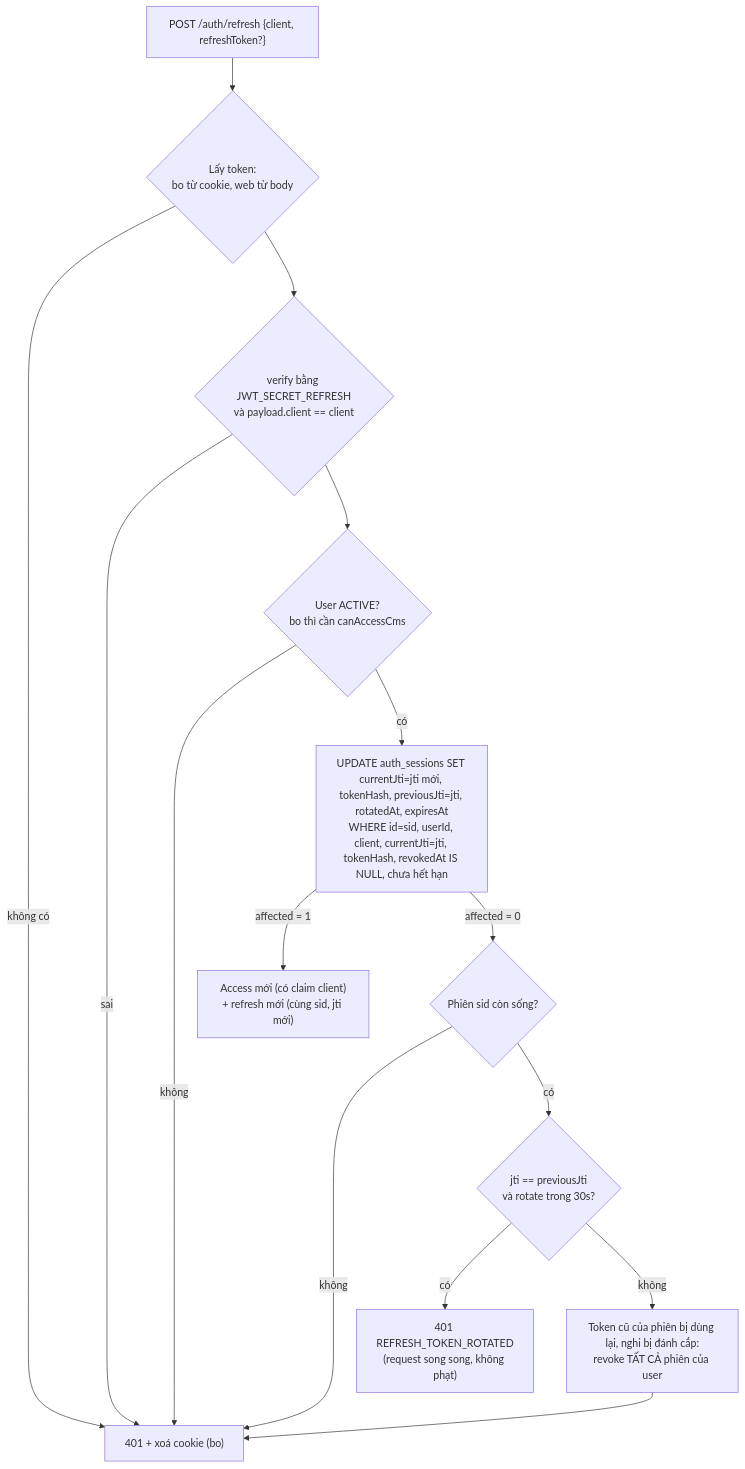
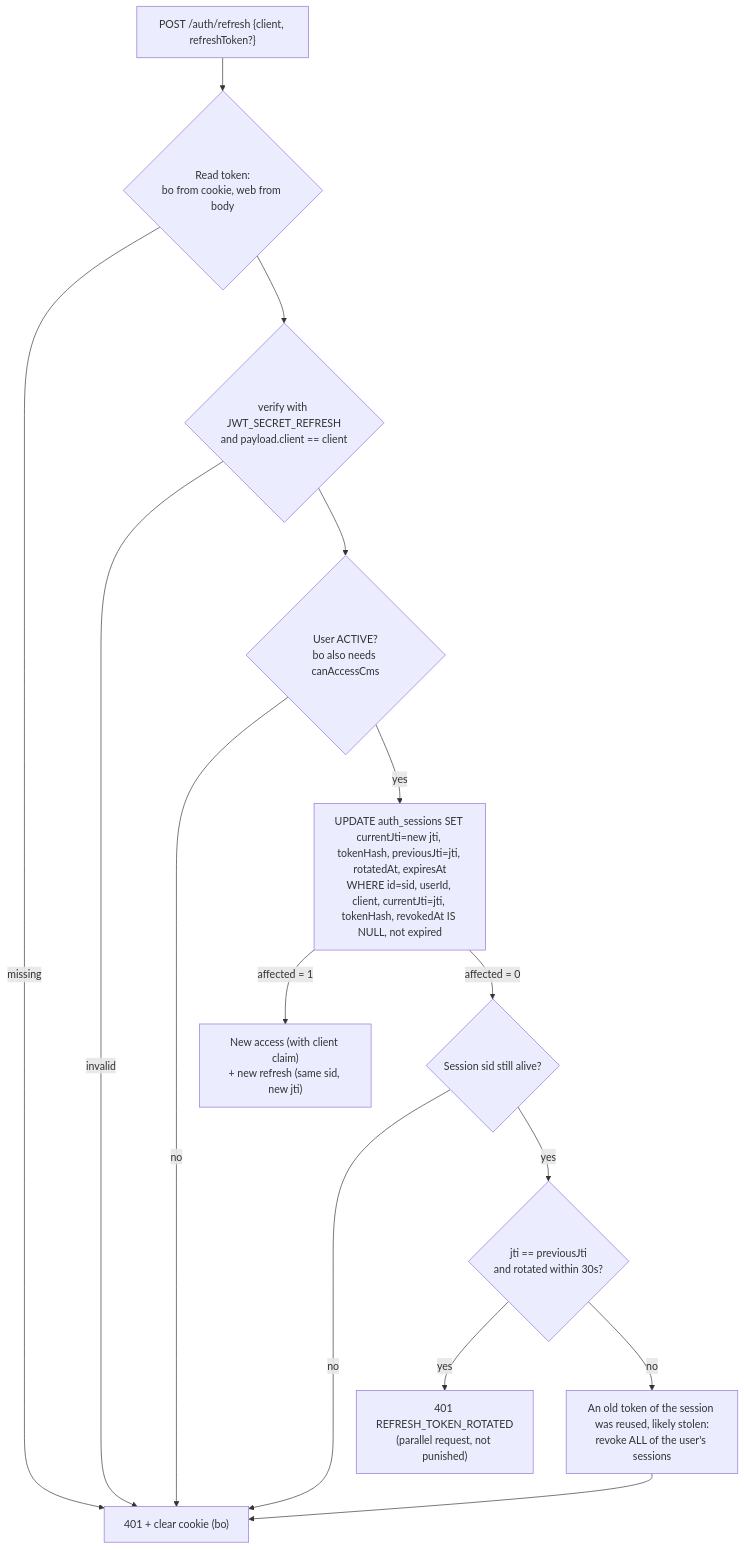
Before and after one commit to TriThuc2321/english-service: the eighth of 8 diagrams in docs/auth-flow.md, drawn with Mermaid. The commit also changed other lines of this file and 6 other files, not shown here.

````diff
--- a/docs/auth-flow.md
+++ b/docs/auth-flow.md
@@ -195,16 +195,16 @@
 ```mermaid
 flowchart TD
-  A["POST /auth/refresh {client, refreshToken?}"] --> B{"Lấy token:<br/>bo từ cookie, web từ body"}
-  B -->|không có| X401["401 + xoá cookie (bo)"]
-  B --> C{"verify bằng JWT_SECRET_REFRESH<br/>và payload.client == client"}
-  C -->|sai| X401
-  C --> E{"User ACTIVE?<br/>bo thì cần canAccessCms"}
-  E -->|không| X401
-  E -->|có| D["UPDATE auth_sessions SET currentJti=jti mới, tokenHash, previousJti=jti, rotatedAt, expiresAt<br/>WHERE id=sid, userId, client, currentJti=jti, tokenHash, revokedAt IS NULL, chưa hết hạn"]
-  D -->|affected = 1| F["Access mới (có claim client)<br/>+ refresh mới (cùng sid, jti mới)"]
-  D -->|affected = 0| S{"Phiên sid còn sống?"}
-  S -->|không| X401
-  S -->|có| G{"jti == previousJti<br/>và rotate trong 30s?"}
-  G -->|có| R["401 REFRESH_TOKEN_ROTATED<br/>(request song song, không phạt)"]
-  G -->|không| H["Token cũ của phiên bị dùng lại, nghi bị đánh cắp:<br/>revoke TẤT CẢ phiên của user"] --> X401
+  A["POST /auth/refresh {client, refreshToken?}"] --> B{"Read token:<br/>bo from cookie, web from body"}
+  B -->|missing| X401["401 + clear cookie (bo)"]
+  B --> C{"verify with JWT_SECRET_REFRESH<br/>and payload.client == client"}
+  C -->|invalid| X401
+  C --> E{"User ACTIVE?<br/>bo also needs canAccessCms"}
+  E -->|no| X401
+  E -->|yes| D["UPDATE auth_sessions SET currentJti=new jti, tokenHash, previousJti=jti, rotatedAt, expiresAt<br/>WHERE id=sid, userId, client, currentJti=jti, tokenHash, revokedAt IS NULL, not expired"]
+  D -->|affected = 1| F["New access (with client claim)<br/>+ new refresh (same sid, new jti)"]
+  D -->|affected = 0| S{"Session sid still alive?"}
+  S -->|no| X401
+  S -->|yes| G{"jti == previousJti<br/>and rotated within 30s?"}
+  G -->|yes| R["401 REFRESH_TOKEN_ROTATED<br/>(parallel request, not punished)"]
+  G -->|no| H["An old token of the session was reused, likely stolen:<br/>revoke ALL of the user's sessions"] --> X401
 ```
````
